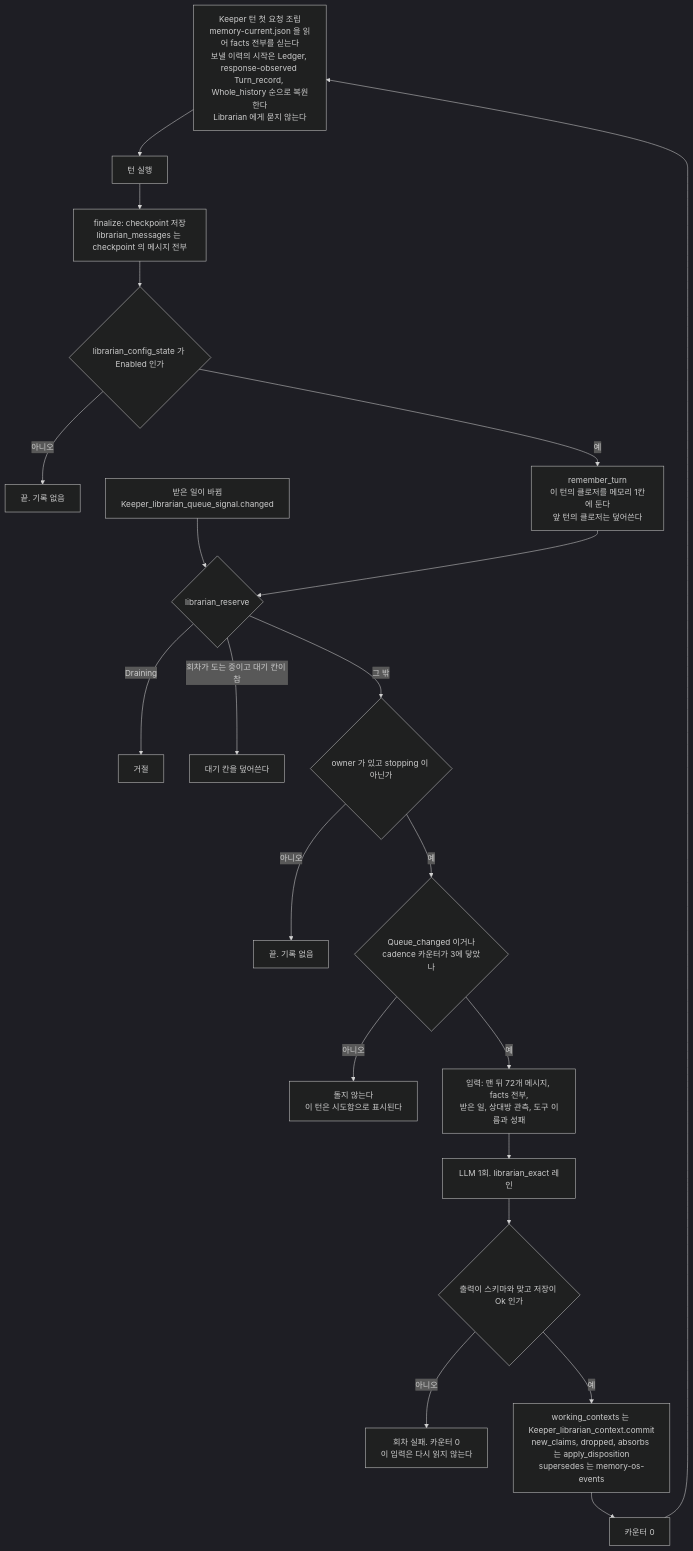
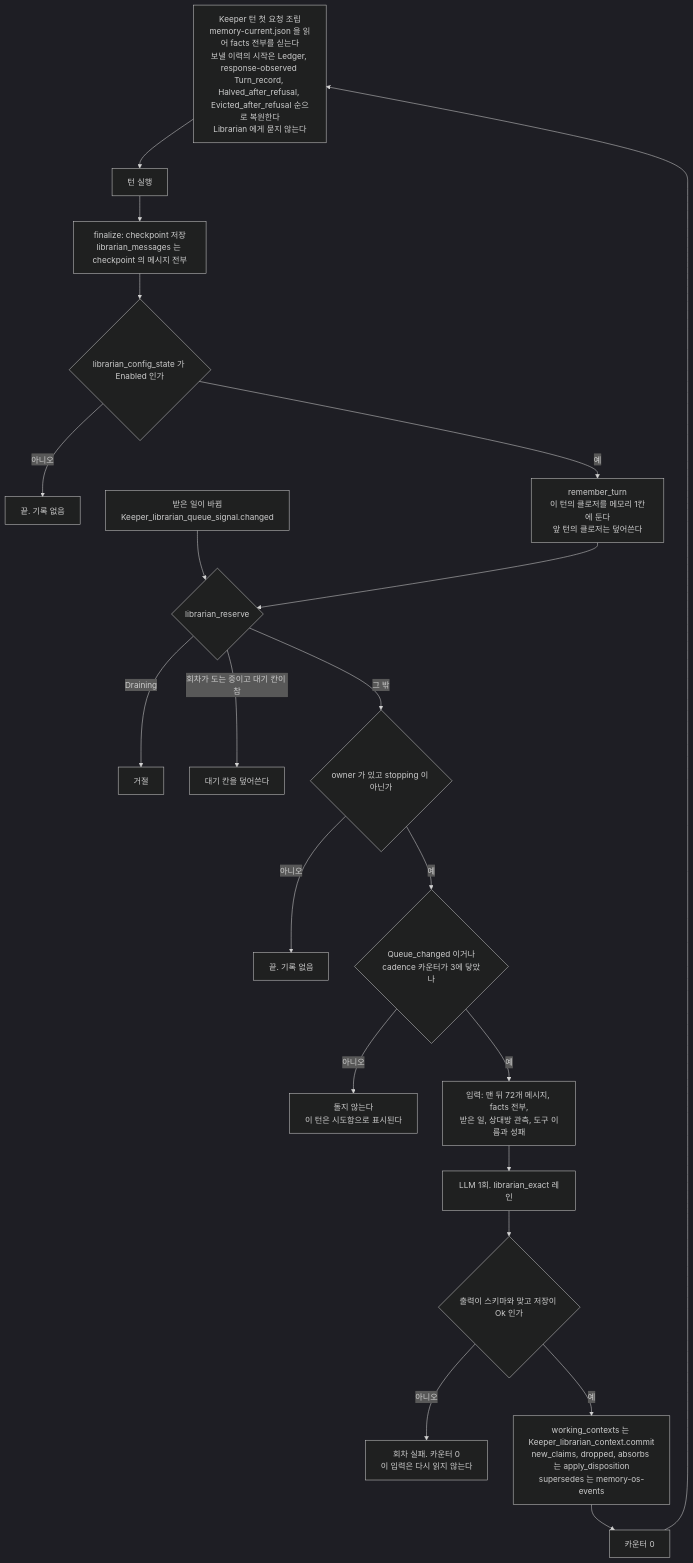
One commit to jeong-sik/masc changed the first of 2 diagrams in docs/rfc/RFC-librarian-lifecycle.md. Above: the diagram before and after it, drawn with Mermaid (dark theme). The commit also changed 1 other file, not shown here.

Commit message:
docs(rfc): Whole_history 잔재 둘을 코드 이름으로 바꾼다

````diff
--- a/docs/rfc/RFC-librarian-lifecycle.md
+++ b/docs/rfc/RFC-librarian-lifecycle.md
@@ -112,23 +112,23 @@
 ```mermaid
 flowchart TD
-  A["Keeper 턴 첫 요청 조립<br/>memory-current.json 을 읽어 facts 전부를 싣는다<br/>보낼 이력의 시작은 Ledger, response-observed Turn_record, Whole_history 순으로 복원한다<br/>Librarian 에게 묻지 않는다"] --> B["턴 실행"]
+  A["Keeper 턴 첫 요청 조립<br/>memory-current.json 을 읽어 facts 전부를 싣는다<br/>보낼 이력의 시작은 Ledger, response-observed Turn_record, Halved_after_refusal, Evicted_after_refusal 순으로 복원한다<br/>Librarian 에게 묻지 않는다"] --> B["턴 실행"]
   B --> C["finalize: checkpoint 저장<br/>librarian_messages 는 checkpoint 의 메시지 전부"]
   C --> D{"librarian_config_state 가 Enabled 인가"}
   D -->|"아니오"| X0["끝. 기록 없음"]
   D -->|"예"| E["remember_turn<br/>이 턴의 클로저를 메모리 1칸에 둔다<br/>앞 턴의 클로저는 덮어쓴다"]
   Q["받은 일이 바뀜<br/>Keeper_librarian_queue_signal.changed"] --> F
   E --> F{"librarian_reserve"}
   F -->|"Draining"| X1["거절"]
   F -->|"회차가 도는 중이고 대기 칸이 참"| X2["대기 칸을 덮어쓴다"]
   F -->|"그 밖"| G{"owner 가 있고 stopping 이 아닌가"}
   G -->|"아니오"| X3["끝. 기록 없음"]
   G -->|"예"| H{"Queue_changed 이거나<br/>cadence 카운터가 3에 닿았나"}
   H -->|"아니오"| X4["돌지 않는다<br/>이 턴은 시도함으로 표시된다"]
   H -->|"예"| I["입력: 맨 뒤 72개 메시지, facts 전부,<br/>받은 일, 상대방 관측, 도구 이름과 성패"]
   I --> J["LLM 1회. librarian_exact 레인"]
   J --> K{"출력이 스키마와 맞고 저장이 Ok 인가"}
   K -->|"아니오"| X5["회차 실패. 카운터 0<br/>이 입력은 다시 읽지 않는다"]
   K -->|"예"| L["working_contexts 는 Keeper_librarian_context.commit<br/>new_claims, dropped, absorbs 는 apply_disposition<br/>supersedes 는 memory-os-events"]
   L --> M["카운터 0"]
   M --> A
 ```
````
